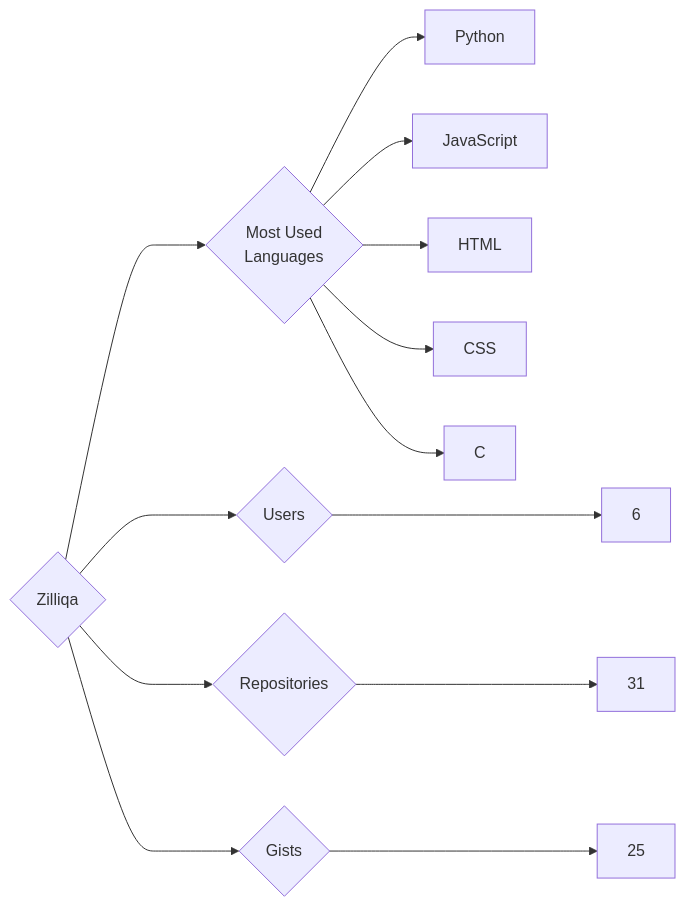
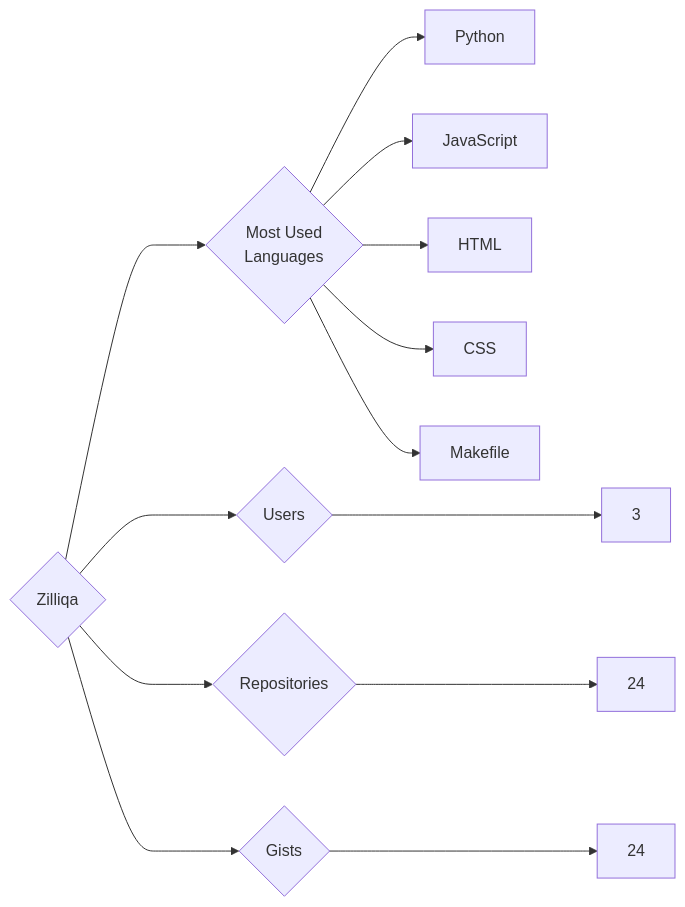
Before and after one commit to trickest/insiders: the diagram in targets/Zilliqa/README.md, drawn with Mermaid. The commit also changed 953 other files, not shown here.

````diff
--- a/targets/Zilliqa/README.md
+++ b/targets/Zilliqa/README.md
@@ -3,13 +3,13 @@
 ```mermaid
 graph LR
 COMPANY_NAME{Zilliqa}
-COMPANY_NAME ---> U{Users} ---> UN[6]
-COMPANY_NAME ---> R{Repositories} ---> RN[31]
-COMPANY_NAME ---> G{Gists} ---> GN[25]
+COMPANY_NAME ---> U{Users} ---> UN[3]
+COMPANY_NAME ---> R{Repositories} ---> RN[24]
+COMPANY_NAME ---> G{Gists} ---> GN[24]
 COMPANY_NAME ---> ML{Most Used<br>Languages}
 ML --> Python[Python]
 ML --> JavaScript[JavaScript]
 ML --> HTML[HTML]
 ML --> CSS[CSS]
-ML --> C[C]
+ML --> Makefile[Makefile]
 ```
````
